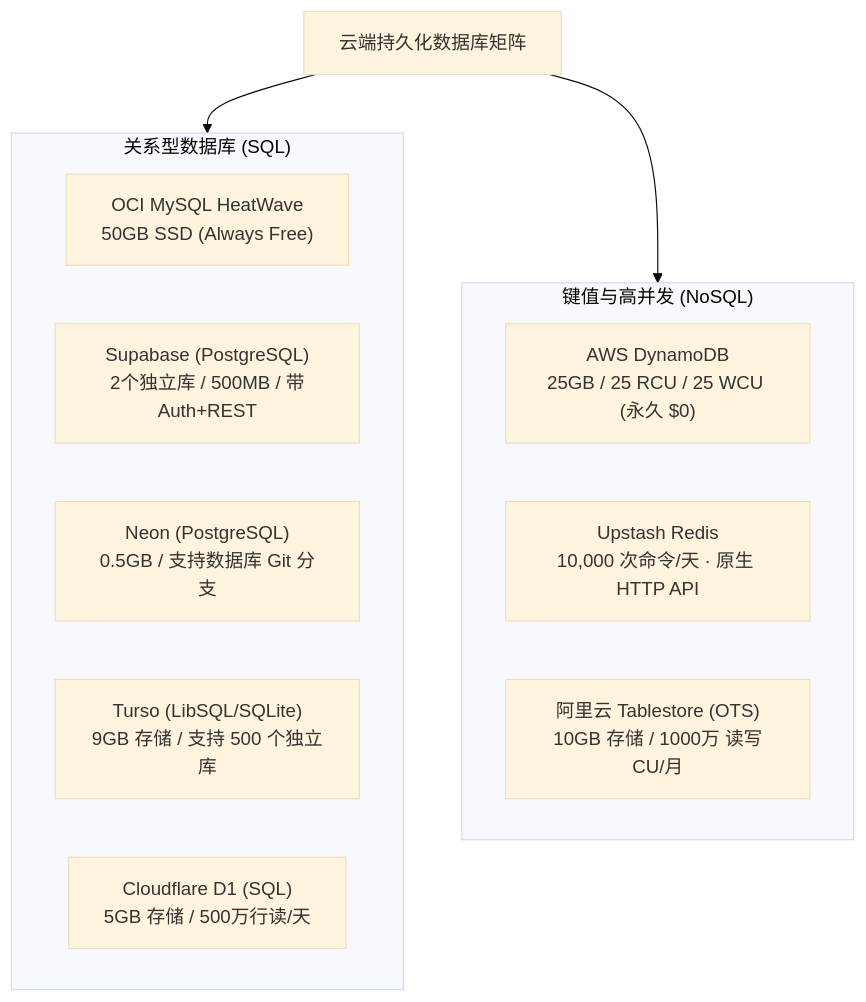
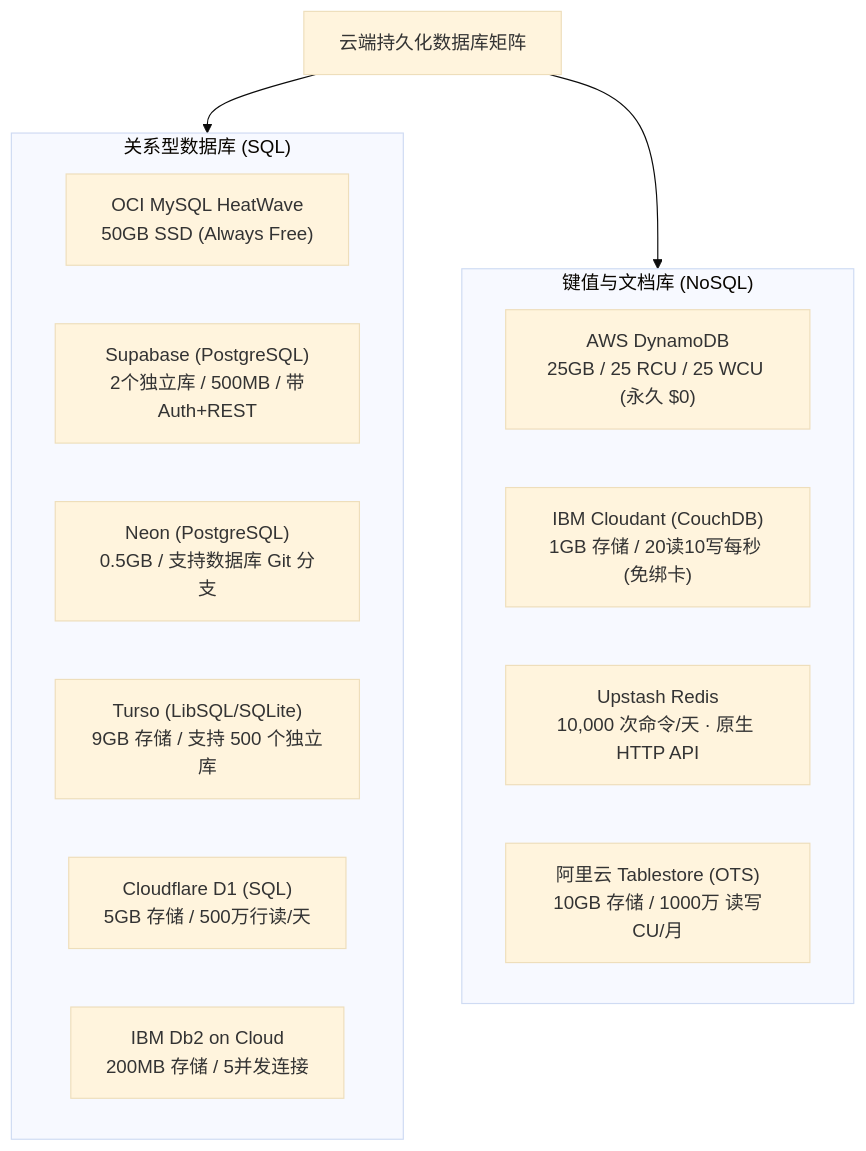
The third of 6 diagrams in global-always-free-cloud-resources-guide.md (nvd11/my-blogs), drawn with Mermaid (base theme) before and after one commit. The commit also changed other lines of this file, not shown here.

Commit message:
docs(blog): add IBM Cloud Lite resources across all sections

````diff
--- a/global-always-free-cloud-resources-guide.md
+++ b/global-always-free-cloud-resources-guide.md
@@ -101,21 +109,23 @@
 ```mermaid
 graph TD
     DB["云端持久化数据库矩阵"]
     
     subgraph SQL["关系型数据库 (SQL)"]
         OCI_SQL["OCI MySQL HeatWave<br/>50GB SSD (Always Free)"]
         Supa["Supabase (PostgreSQL)<br/>2个独立库 / 500MB / 带Auth+REST"]
         Neon["Neon (PostgreSQL)<br/>0.5GB / 支持数据库 Git 分支"]
         Turso["Turso (LibSQL/SQLite)<br/>9GB 存储 / 支持 500 个独立库"]
         CF_D1["Cloudflare D1 (SQL)<br/>5GB 存储 / 500万行读/天"]
+        IBM_Db2["IBM Db2 on Cloud<br/>200MB 存储 / 5并发连接"]
     end
     
-    subgraph NoSQL["键值与高并发 (NoSQL)"]
+    subgraph NoSQL["键值与文档库 (NoSQL)"]
         AWS_DDB["AWS DynamoDB<br/>25GB / 25 RCU / 25 WCU (永久 $0)"]
+        IBM_Cloudant["IBM Cloudant (CouchDB)<br/>1GB 存储 / 20读10写每秒 (免绑卡)"]
         Up_Redis["Upstash Redis<br/>10,000 次命令/天 · 原生 HTTP API"]
         Ali_OTS["阿里云 Tablestore (OTS)<br/>10GB 存储 / 1000万 读写CU/月"]
     end
     
     DB --> SQL
     DB --> NoSQL
 ```
````
